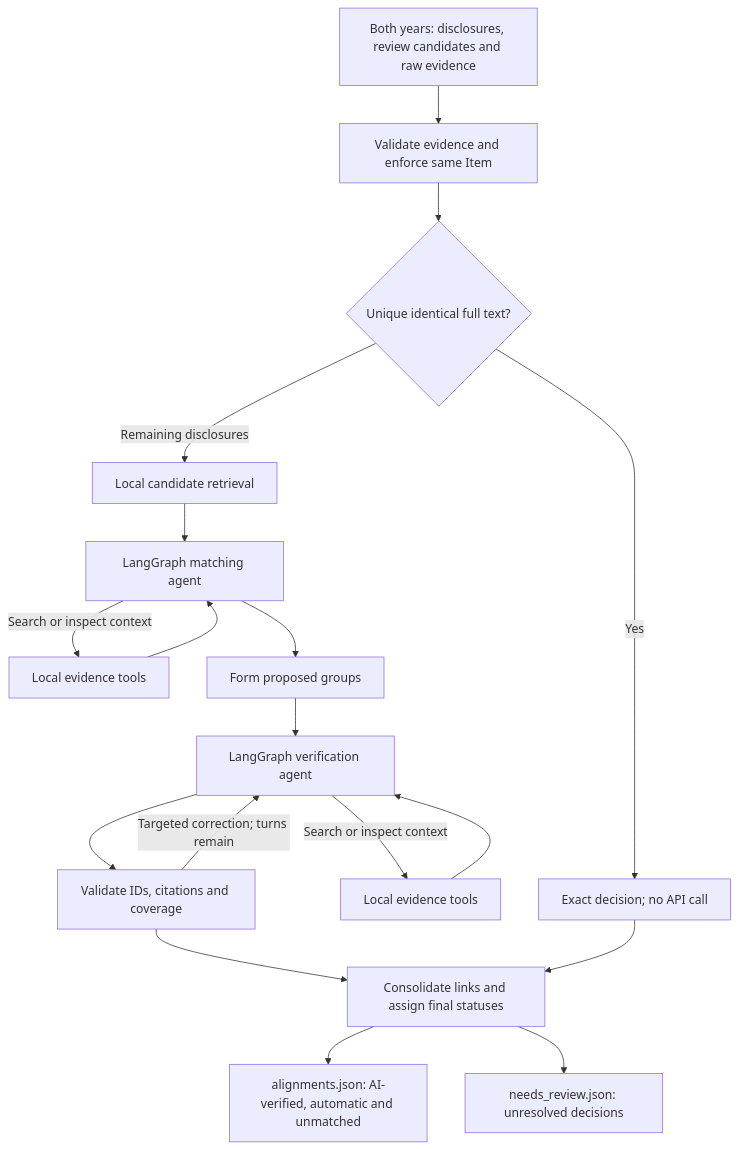
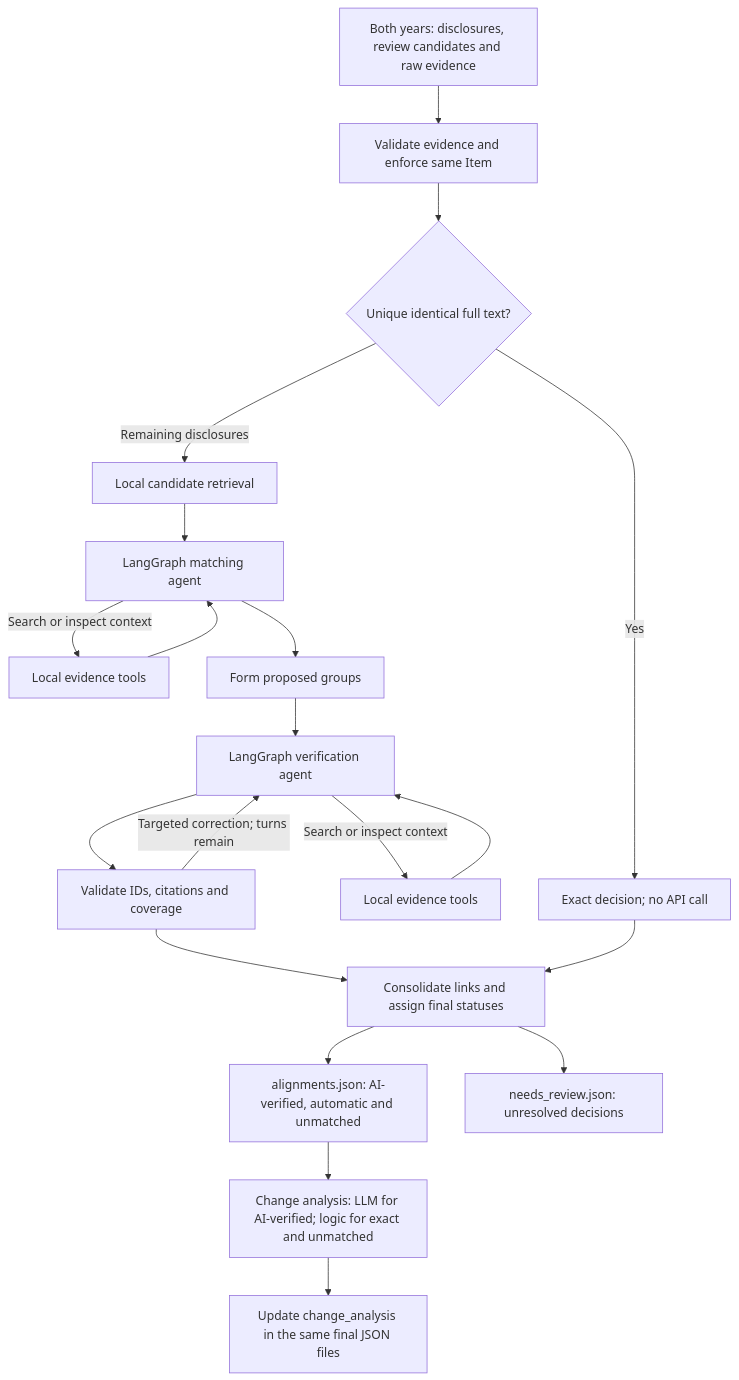
Before and after one commit to JingLeEa/sec-filings: the diagram in docs/ZIYANG_disclosure_alignment.md, drawn with Mermaid. The commit also changed other lines of this file and 11 other files, not shown here.

Commit message:
added change analysis for llm

````diff
--- a/docs/ZIYANG_disclosure_alignment.md
+++ b/docs/ZIYANG_disclosure_alignment.md
@@ -43,20 +47,22 @@
 ```mermaid
 flowchart TD
     A[Both years: disclosures, review candidates and raw evidence] --> B[Validate evidence and enforce same Item]
     B --> C{Unique identical full text?}
     C -->|Yes| D[Exact decision; no API call]
     C -->|Remaining disclosures| E[Local candidate retrieval]
     E --> F[LangGraph matching agent]
     F -->|Search or inspect context| T[Local evidence tools]
     T --> F
     F --> G[Form proposed groups]
     G --> H[LangGraph verification agent]
     H -->|Search or inspect context| U[Local evidence tools]
     U --> H
     H --> I[Validate IDs, citations and coverage]
     I -->|Targeted correction; turns remain| H
     I --> J[Consolidate links and assign final statuses]
     D --> J
     J --> K[alignments.json: AI-verified, automatic and unmatched]
     J --> L[needs_review.json: unresolved decisions]
+    K --> M[Change analysis: LLM for AI-verified; logic for exact and unmatched]
+    M --> N[Update change_analysis in the same final JSON files]
 ```
````
